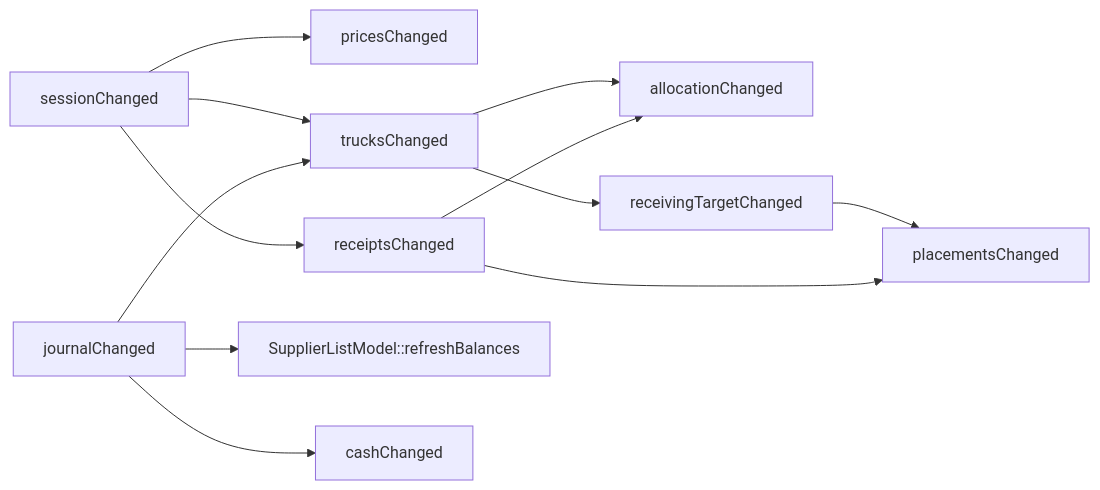
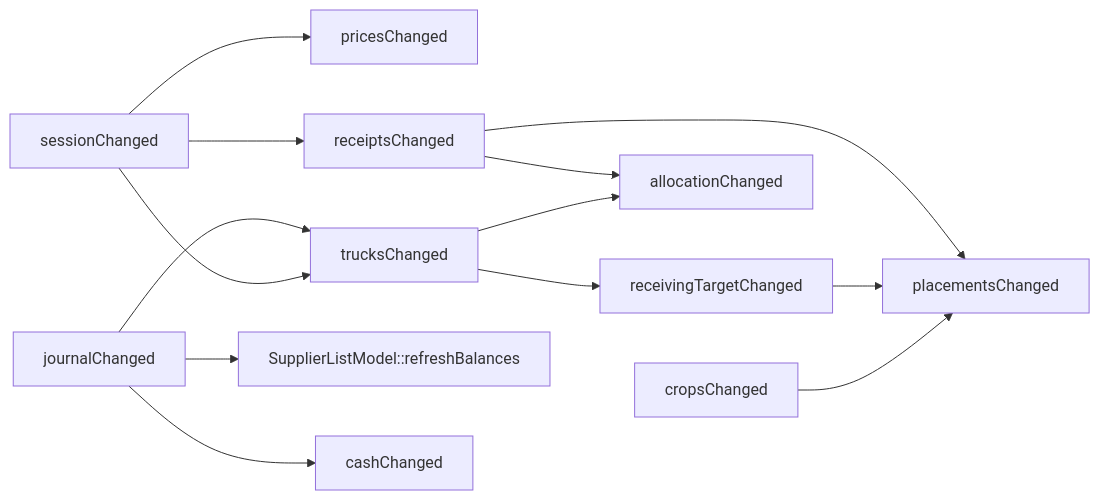
Before and after one commit to IsNazarii/Berry-WMS-Terminal: the diagram in docs/ui.md, drawn with Mermaid. The commit also changed other lines of this file and 5 other files, not shown here.

````diff
--- a/docs/ui.md
+++ b/docs/ui.md
@@ -342,14 +359,15 @@
 ```mermaid
 flowchart LR
     S[sessionChanged] --> P[pricesChanged]
     S --> T[trucksChanged]
     S --> R[receiptsChanged]
     J[journalChanged] --> T
+    K[cropsChanged] --> N
     J --> M["SupplierListModel::refreshBalances"]
     J --> C[cashChanged]
     T --> A[allocationChanged]
     R --> A
     T --> G[receivingTargetChanged]
     G --> N[placementsChanged]
     R --> N
 ```
````
